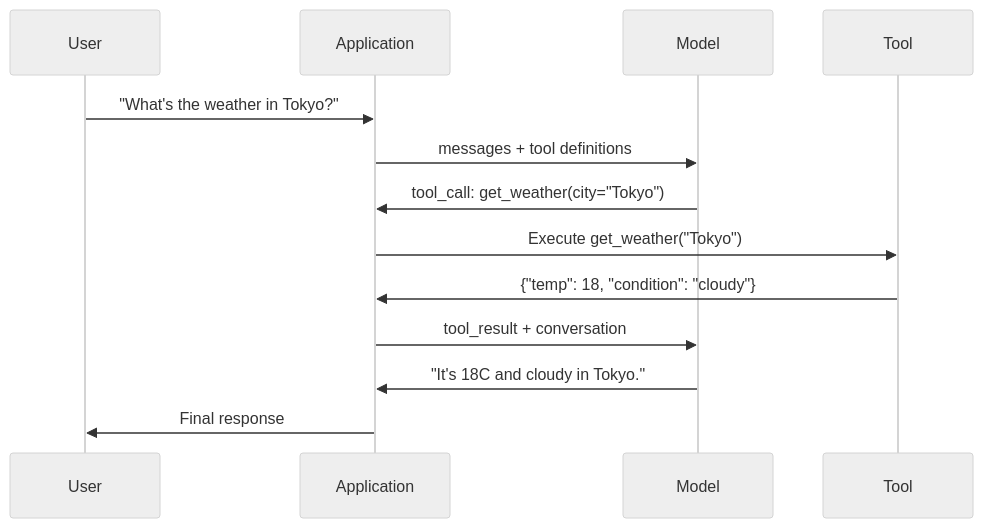
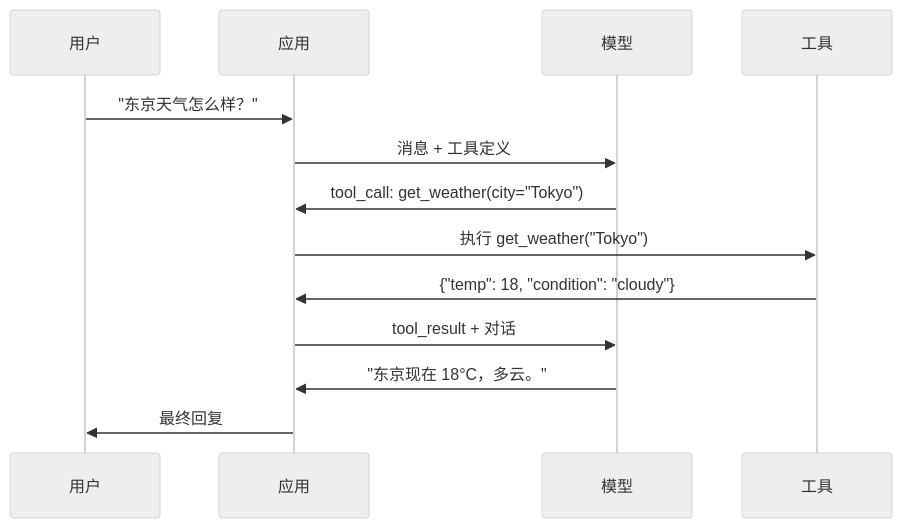
One commit to alessandrodinisio-ai/ai-engineering-learning-framework changed the diagram in phases/11-llm-engineering/09-function-calling/docs/zh.md. Above: the diagram before and after it, drawn with Mermaid (neutral theme). The commit also changed 120 other files, not shown here.

First line of the commit message:
i18n(mermaid): 337 个 mermaid 图表标签中文化

````diff
--- a/phases/11-llm-engineering/09-function-calling/docs/zh.md
+++ b/phases/11-llm-engineering/09-function-calling/docs/zh.md
@@ -38,16 +38,16 @@
 ```mermaid
 sequenceDiagram
-    participant U as User
-    participant A as Application
-    participant M as Model
-    participant T as Tool
+    participant U as 用户
+    participant A as 应用
+    participant M as 模型
+    participant T as 工具
 
-    U->>A: "What's the weather in Tokyo?"
-    A->>M: messages + tool definitions
+    U->>A: "东京天气怎么样？"
+    A->>M: 消息 + 工具定义
     M->>A: tool_call: get_weather(city="Tokyo")
-    A->>T: Execute get_weather("Tokyo")
+    A->>T: 执行 get_weather("Tokyo")
     T->>A: {"temp": 18, "condition": "cloudy"}
-    A->>M: tool_result + conversation
-    M->>A: "It's 18C and cloudy in Tokyo."
-    A->>U: Final response
+    A->>M: tool_result + 对话
+    M->>A: "东京现在 18°C，多云。"
+    A->>U: 最终回复
 ```
````
